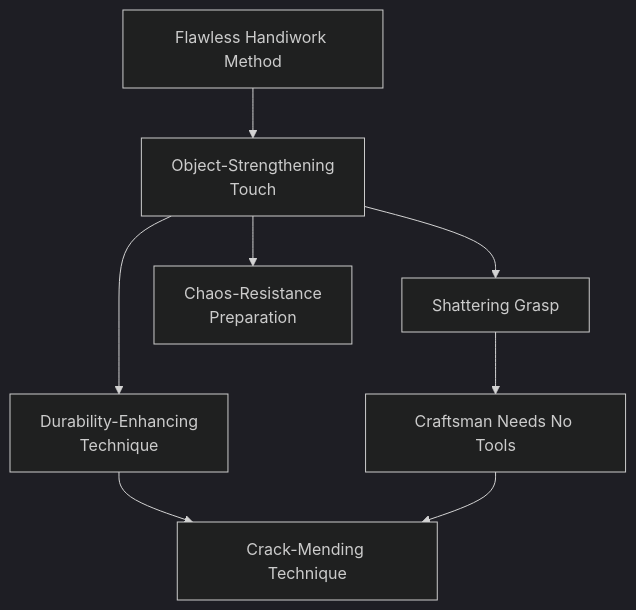
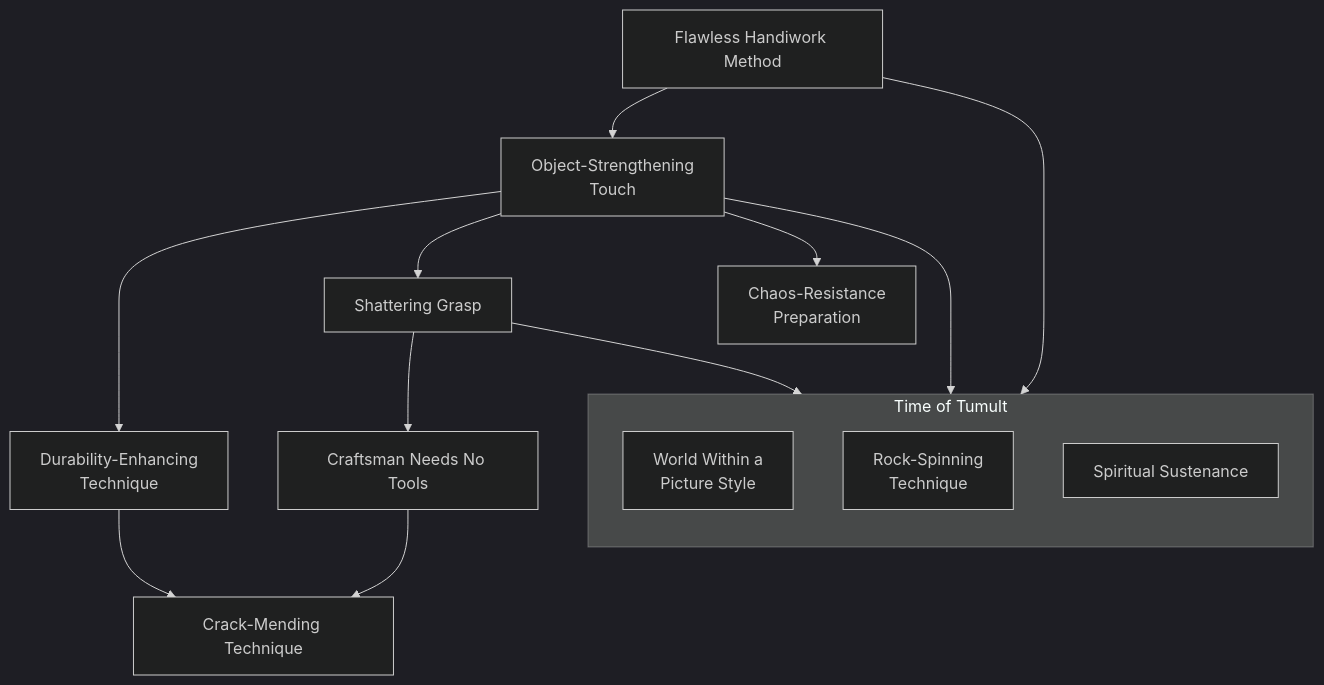
The diagram in docs/mermaid/solar/twilight_craft.mmd (jrobichaud/exalted-charms-1e), drawn with Mermaid before and after one commit. The commit also changed 3 other files, not shown here.

Commit message:
time of tumult and savage seas

```diff
--- a/docs/mermaid/solar/twilight_craft.mmd
+++ b/docs/mermaid/solar/twilight_craft.mmd
@@ -194,3 +194,121 @@
         items of First Age manufacture but can do nothing to
         repair those whose magic has fled or been exhausted.
         "
+
+    subgraph time_of_tumult[Time of Tumult]
+        direction TB
+        world_within_a_picture_style[World Within a<br>Picture Style]
+        click world_within_a_picture_style callback "
+            World Within a Picture Style<br>
+            <br>
+            Cost: 20 motes<br>
+            Duration: One day or more<br>
+            Type: Simple<br>
+            Minimum Craft: 5<br>
+            Minimum Occult: 3<br>
+            Minimum Essence: 3<br>
+            Prerequisite Charms: Flawless Handiwork Method<br>
+            <br>
+            A Solar who truly masters some form of representational
+            art — most obviously painting, but other possibilities
+            include tapestry-weaving, carving and metal-casting -
+            can fashion miniature worlds within a lifelike representation.
+            A being that knows how to expend Essence can step
+            into the image and experience it as if it were real. Although
+            the examples within the Invisible Fortress are &quot;life sized,&quot;
+            a World Within a Picture's physical matrix could be much
+            smaller; for instance, a metal brooch chased and enameled
+            with an uncannily realistic miniature scene.<br>
+            The World Within a Picture can include planes,
+            animals or even people, but none of the people are actually
+            real. They react only in simple, stereotyped ways, like
+            automata. (A Solar can trap real people or spirits within a
+            still life to become permanent characters, but this involves
+            a spell of Celestial Circle Sorcery.) A World Within a
+            Picture's simulated world cannot exceed one acre in area,
+            although it may look much larger: A person who tries to
+            travel beyond the boundaries of the still life either goes in
+            a circle or steps out of the still life.<br>
+            Creating a World Within a Picture takes weeks or
+            months, depending on the artist's medium and the level of
+            detail the artist desires. Once created, a World Within a
+            Picture lasts until someone or something destroys it. Other
+            Charms and sorceries can piggyback on a World Within a
+            Picture if the artist wants to include magical effects within
+            the simulated world, such a still life in which people can
+            fly, or one that transforms visitors into other forms.<br>
+            Entering a World Within a Picture costs 1 mote of
+            Essence. Departing is free. Anyone caught within a completely
+            destroyed Still Life dies. A Still Life that is merely damaged can
+            be repaired, and prisoners retrieved, but only by someone who
+            knows the World Within a Picture Style Charm.
+            "
+
+        rock_spinning_technique[Rock-Spinning<br>Technique]
+        click rock_spinning_technique callback "
+            Rock-Spinning Technique<br>
+            <br>
+            Cost: 3 motes<br>
+            Duration: One hour<br>
+            Type: Simple<br>
+            Minimum Craft: 2<br>
+            Minimum Essence: 2<br>
+            Prerequisite Charms: Shattering Grasp<br>
+            <br>
+            This Charm enables a Solar to spin raw stone into
+            flexible thread or yarn. Rock thread is fireproof but no
+            stronger than linen and rather scratchy to wear. It is
+            entirely adequate for tapestries, tablecloths, rugs and other
+            utilitarian purposes, though, and in large quantities, it
+            makes excellent insulation. The thread or yarn remains
+            the same color as the original rock, making most spun rock
+            rather drab — but a Solar with this Charm can spin jade or
+            diamond as easily as slate or sandstone. A handkerchief of
+            spun jewels would make an understated yet truly royal gift.
+            The basic Charm requires no more than a simple
+            drop-spindle or spinning wheel and a quantity of rock. The
+            listed Essence cost and duration are for spinning a cubic
+            foot of rock into a cubic yard of fluffy fiber. The process
+            takes a full hour. A more elaborate apparatus (such as the
+            broken machine in the Fortress) reduces the Essence cost
+            to 1 mote, and the machine runs by itself once set running.
+            Indeed, the apparatus reduces rock-spinning to magic that
+            even unExalted mortals can perform.
+            "
+
+        spiritual_sustenance[Spiritual Sustenance]
+        click spiritual_sustenance callback "
+            Spiritual Sustenance<br>
+            <br>
+            Cost: Variable<br>
+            Duration: Variable<br>
+            Type: Simple<br>
+            Minimum Craft: 3<br>
+            Minimum Essence: 2<br>
+            Prerequisite Charms: Object-Strengthening Touch<br>
+            <br>
+            Characters utilizing this Charm can mold
+            edible food out of any other material, be it rock,
+            wood or even snow. The simpler the food and
+            the smaller the portion, the less it costs to make.
+            Conjuring a loaf of bread requires just 1 mote of
+            Essence and about five minutes, while sculpting
+            an entire feast can cost 10 motes or more and
+            take an entire day. This food can be stored.
+            However, it will gradually lose its reality and
+            after a week, it will fade to wisps of Essence
+            when handled.<br>
+            While it will fill the belly, conjured food
+            offers little in the way of vitamins or minerals.
+            For every week that food created in this manner,
+            makes up more than 50 percent of a character's
+            diet, he will lose one dot in Willpower. Obviously,
+            if a character has mastered a sorcery that
+            allows him to conjure real food, these penalties
+            do not apply.
+            "
+    end
+
+    flawless_handiwork_method --> world_within_a_picture_style
+    shattering_grasp --> rock_spinning_technique
+    object_strengthening_touch --> spiritual_sustenance
```
